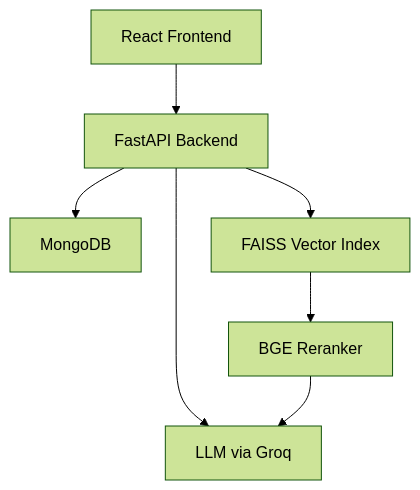
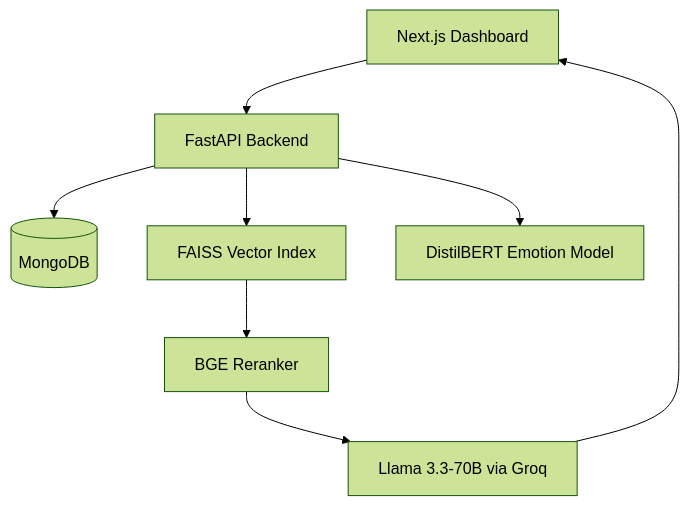
The diagram in README.md (afianas/Meetric-Meeting-Intelligence-Hub), drawn with Mermaid (forest theme) before and after one commit. The commit also changed other lines of this file and 2 other files, not shown here.

````diff
--- a/README.md
+++ b/README.md
@@ -94,9 +61,10 @@
 ```mermaid
 graph TD
-  A[React Frontend] --> B[FastAPI Backend]
-  B --> C[MongoDB]
+  A[Next.js Dashboard] --> B[FastAPI Backend]
+  B --> C[(MongoDB)]
   B --> D[FAISS Vector Index]
-  B --> E[LLM via Groq]
-  D --> F[BGE Reranker]
-  F --> E
+  D --> E[BGE Reranker]
+  E --> F[Llama 3.3-70B via Groq]
+  B --> G[DistilBERT Emotion Model]
+  F --> A
 ```
````
